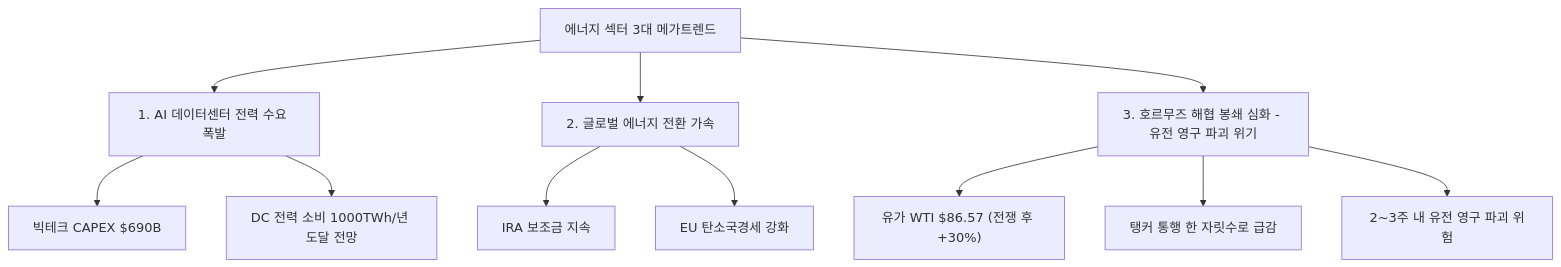
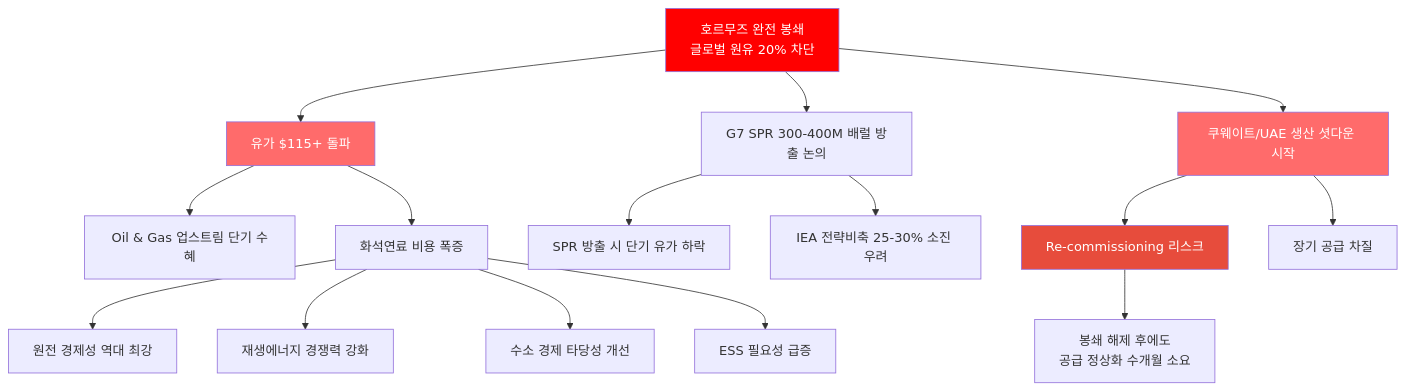
One commit to dss99911/dss99911.github.io changed the first of 10 diagrams in _posts/knowledge/invest/2026-03-07-energy-sector-outlook-2026.md. Above: the diagram before and after it, drawn with Mermaid. The commit also changed other lines of this file and 4 other files, not shown here.

````diff
--- a/_posts/knowledge/invest/2026-03-07-energy-sector-outlook-2026.md
+++ b/_posts/knowledge/invest/2026-03-07-energy-sector-outlook-2026.md
@@ -23,13 +38,27 @@
 ```mermaid
 graph TD
-    A["에너지 섹터 3대 메가트렌드"] --> B["1. AI 데이터센터 전력 수요 폭발"]
-    A --> C["2. 글로벌 에너지 전환 가속"]
-    A --> D["3. 호르무즈 해협 봉쇄 심화 - 유전 영구 파괴 위기"]
-    B --> B1["빅테크 CAPEX $690B"]
-    B --> B2["DC 전력 소비 1000TWh/년 도달 전망"]
-    C --> C1["IRA 보조금 지속"]
-    C --> C2["EU 탄소국경세 강화"]
-    D --> D1["유가 WTI $86.57 (전쟁 후 +30%)"]
-    D --> D2["탱커 통행 한 자릿수로 급감"]
-    D --> D3["2~3주 내 유전 영구 파괴 위험"]
+    A["호르무즈 완전 봉쇄<br/>글로벌 원유 20% 차단"] --> B["유가 $115+ 돌파"]
+    A --> C["G7 SPR 300-400M 배럴 방출 논의"]
+    A --> D["쿠웨이트/UAE 생산 셧다운 시작"]
+
+    B --> E["Oil &amp; Gas 업스트림 단기 수혜"]
+    B --> F["화석연료 비용 폭증"]
+
+    C --> G["SPR 방출 시 단기 유가 하락"]
+    C --> H["IEA 전략비축 25-30% 소진 우려"]
+
+    D --> I["Re-commissioning 리스크"]
+    D --> J["장기 공급 차질"]
+
+    F --> K["원전 경제성 역대 최강"]
+    F --> L["재생에너지 경쟁력 강화"]
+    F --> M["수소 경제 타당성 개선"]
+    F --> N["ESS 필요성 급증"]
+
+    I --> O["봉쇄 해제 후에도<br/>공급 정상화 수개월 소요"]
+
+    style A fill:#ff0000,color:#fff
+    style B fill:#ff6b6b,color:#fff
+    style D fill:#ff6b6b,color:#fff
+    style I fill:#e74c3c,color:#fff
 ```
````
